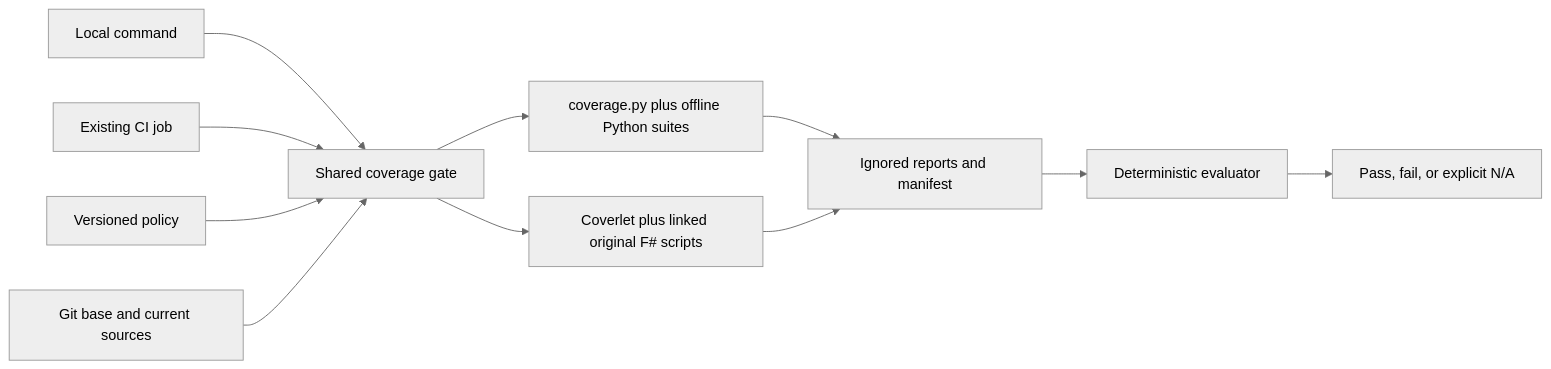
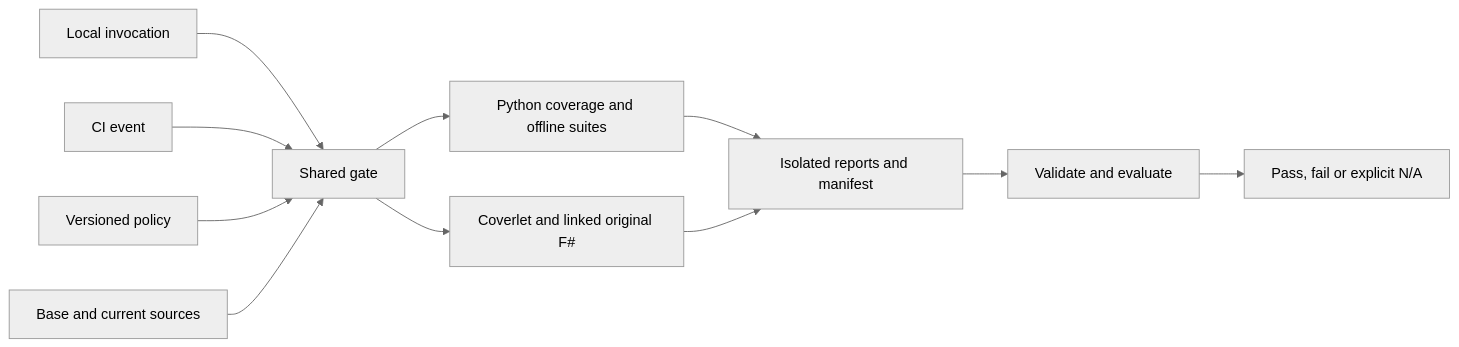
The first of 3 diagrams in .github/.spec/README.md (RLittlesII/agents), drawn with Mermaid (neutral theme) before and after one commit. The commit also changed other lines of this file and 34 other files, not shown here.

````diff
--- a/.github/.spec/README.md
+++ b/.github/.spec/README.md
@@ -114,13 +125,13 @@
 ```mermaid
 flowchart LR
-    Local[Local command] --> Gate[Shared coverage gate]
-    CI[Existing CI job] --> Gate
-    Policy[Versioned policy] --> Gate
-    Git[Git base and current sources] --> Gate
-    Gate --> Python[coverage.py plus offline Python suites]
-    Gate --> FSharp[Coverlet plus linked original F# scripts]
-    Python --> Evidence[Ignored reports and manifest]
-    FSharp --> Evidence
-    Evidence --> Evaluate[Deterministic evaluator]
-    Evaluate --> Result[Pass, fail, or explicit N/A]
+  Local[Local invocation] --> Gate[Shared gate]
+  CI[CI event] --> Gate
+  Policy[Versioned policy] --> Gate
+  Git[Base and current sources] --> Gate
+  Gate --> Python[Python coverage and offline suites]
+  Gate --> FSharp[Coverlet and linked original F#]
+  Python --> Evidence[Isolated reports and manifest]
+  FSharp --> Evidence
+  Evidence --> Evaluate[Validate and evaluate]
+  Evaluate --> Result[Pass, fail or explicit N/A]
 ```
````
